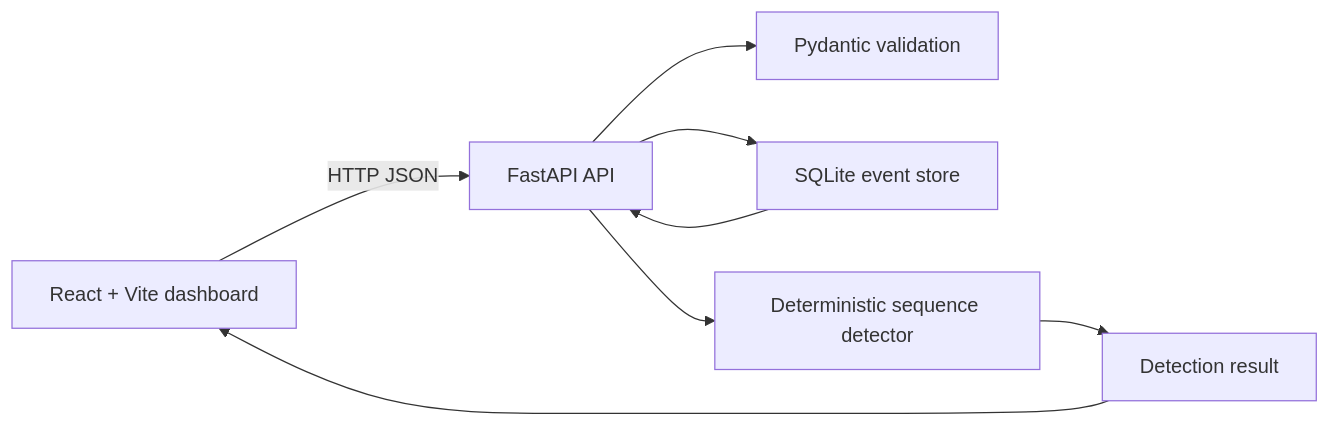
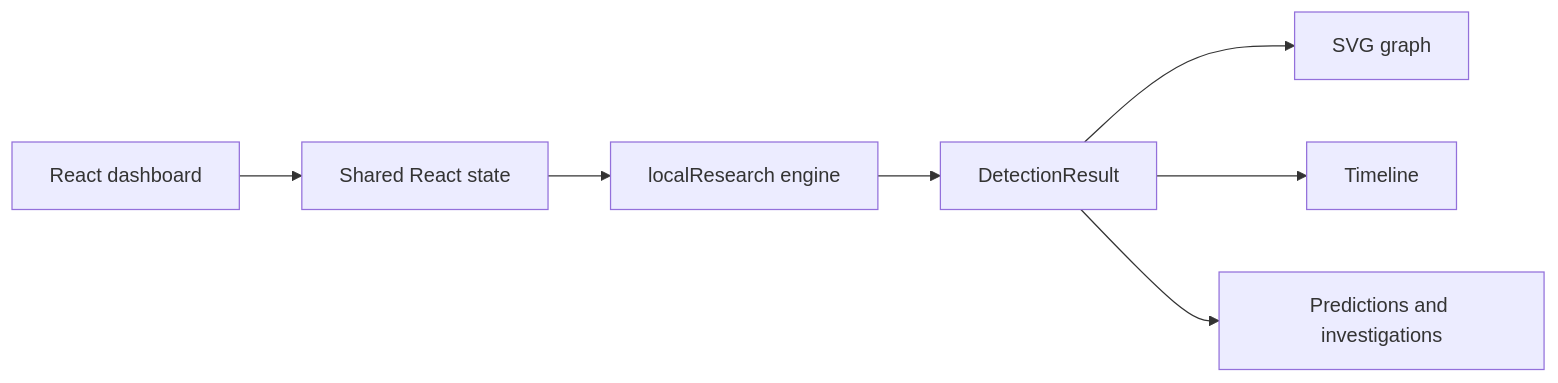
One commit to vidsdesai30/GHOST changed the second of 2 diagrams in README.md. Above: the diagram before and after it, drawn with Mermaid. The commit also changed other lines of this file and 25 other files, not shown here.

````diff
--- a/README.md
+++ b/README.md
@@ -96,10 +66,9 @@
 ```mermaid
 flowchart LR
-    F[React + Vite dashboard] -->|HTTP JSON| A[FastAPI API]
-    A --> V[Pydantic validation]
-    A --> S[SQLite event store]
-    A --> D[Deterministic sequence detector]
-    D --> R[Detection result]
-    R --> F
-    S --> A
+    F[React dashboard] --> S[Shared React state]
+    S --> E[localResearch engine]
+    E --> D[DetectionResult]
+    D --> G[SVG graph]
+    D --> T[Timeline]
+    D --> P[Predictions and investigations]
 ```
````
